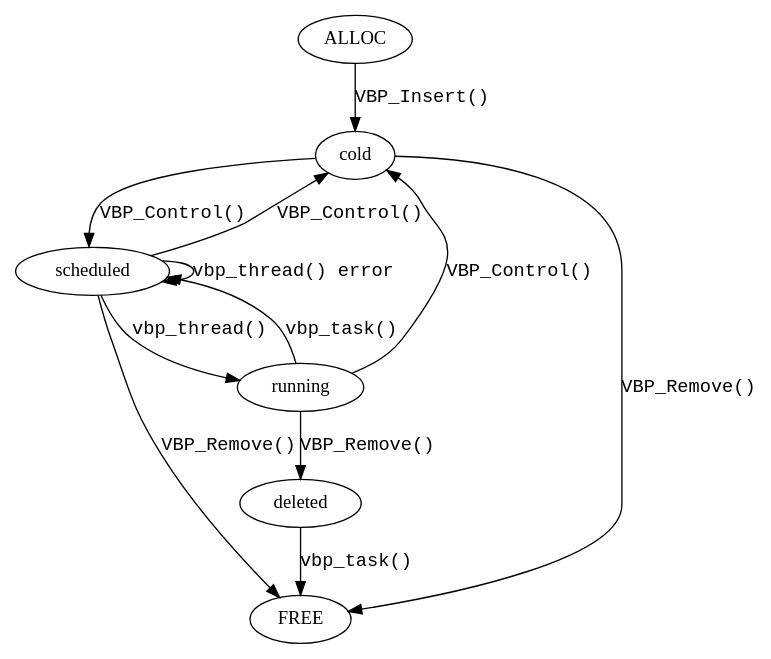
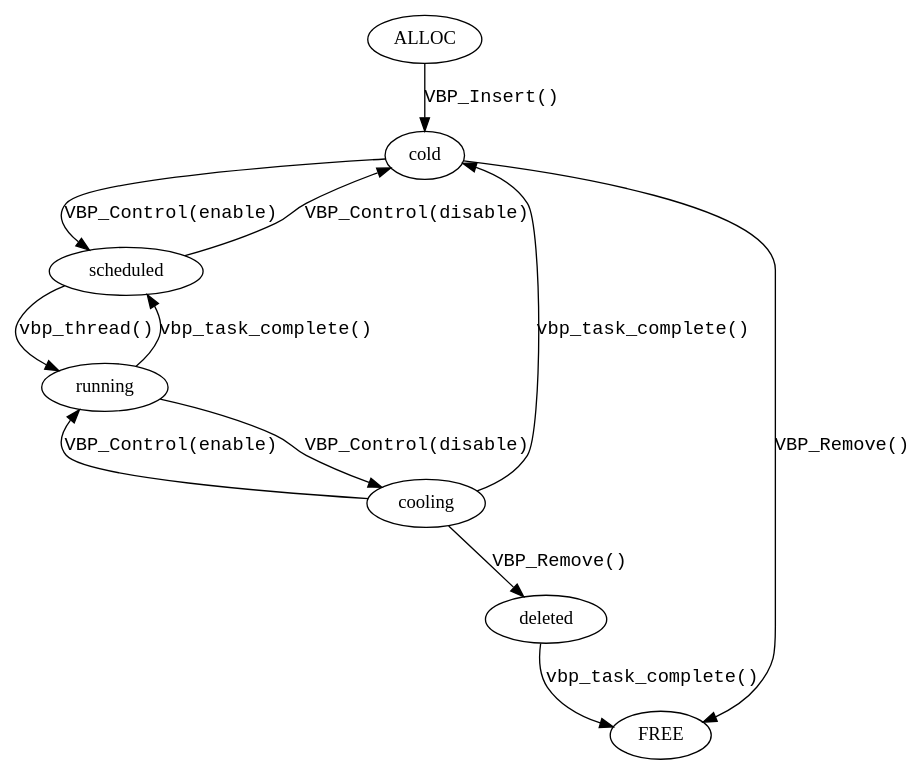
One commit to varnishcache/varnish-cache changed the diagram in doc/graphviz/cache_backend_probe.dot. Above: the diagram before and after it, drawn with Graphviz. The commit also changed 1 other file, not shown here.

First paragraph of the commit message:
vbp: Rework probe state management
Every time I looked at the probe code, my mind ended up twisted and confused. A
probe could change the "enabled" state (tracking the temperature) and be removed
at any time (unless the mtx is held), yet the code did not seem to reflect this.

```diff
--- a/doc/graphviz/cache_backend_probe.dot
+++ b/doc/graphviz/cache_backend_probe.dot
@@ -1,35 +1,37 @@
 # cache_backend_probe struct vbp_state
 
 digraph cache_backend_probe {
 	ALLOC
 	scheduled
 	running
 	cold
-	deleted
+	cooling	# going cold while task runs
+	deleted # from cooling, removed while task runs
 	FREE
 
 	edge [fontname=Courier]
 
-	edge [label="vbp_task()"]
+	# via vbp_task() or vbp_thread() scheduling error
+	edge [label="vbp_task_complete()"]
+	running -> scheduled
+	cooling -> cold
 	deleted -> FREE
-	running -> scheduled
 
 	edge [label="vbp_thread()"]
 	scheduled -> running
 
-	edge [label="vbp_thread() error"]
-	scheduled -> scheduled
+	edge [label="VBP_Control(enable)"]
+	cooling -> running
+	cold -> scheduled
 
-	edge [label="VBP_Control()"]
-	cold -> scheduled
+	edge [label="VBP_Control(disable)"]
+	running -> cooling
 	scheduled -> cold
-	running -> cold
 
 	edge [label="VBP_Insert()"]
 	ALLOC -> cold
 
 	edge [label="VBP_Remove()"]
-	running -> deleted # should not happen. we should go through some cool first
-	scheduled -> FREE # This should not happen. VBP_Control should have set cold
+	cooling -> deleted
 	cold -> FREE
 }
```
